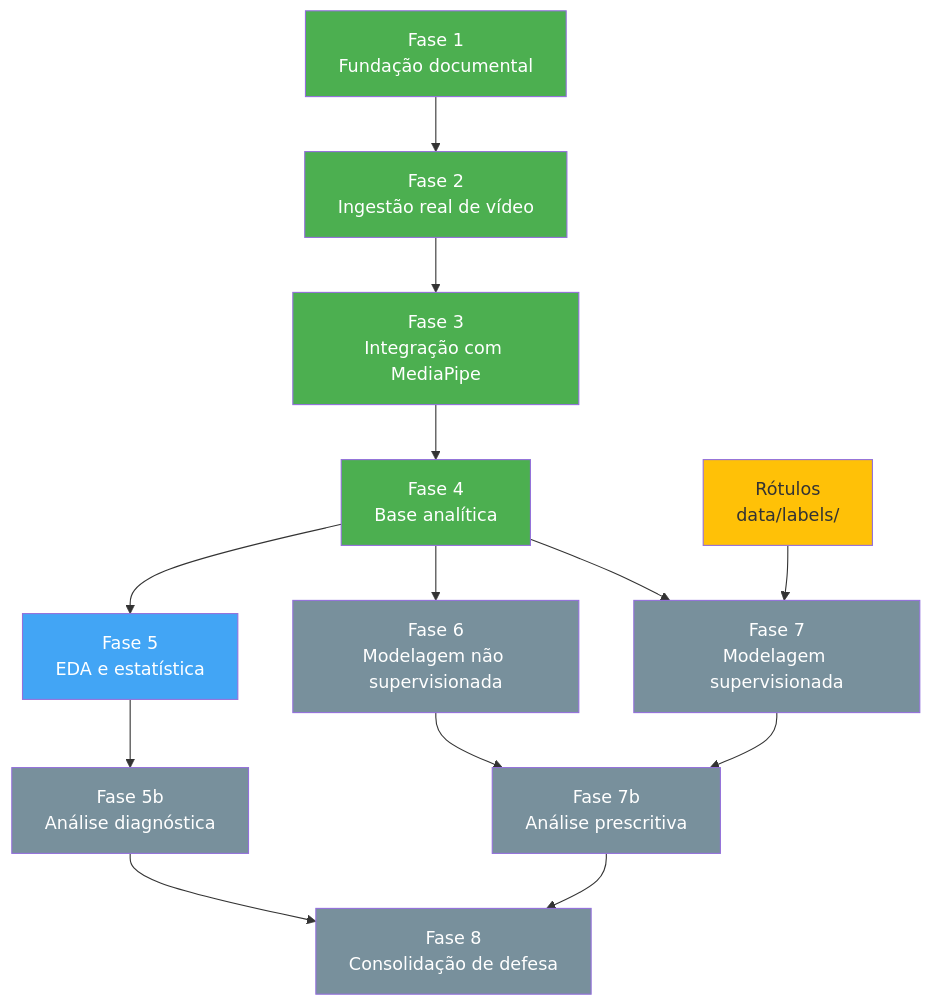
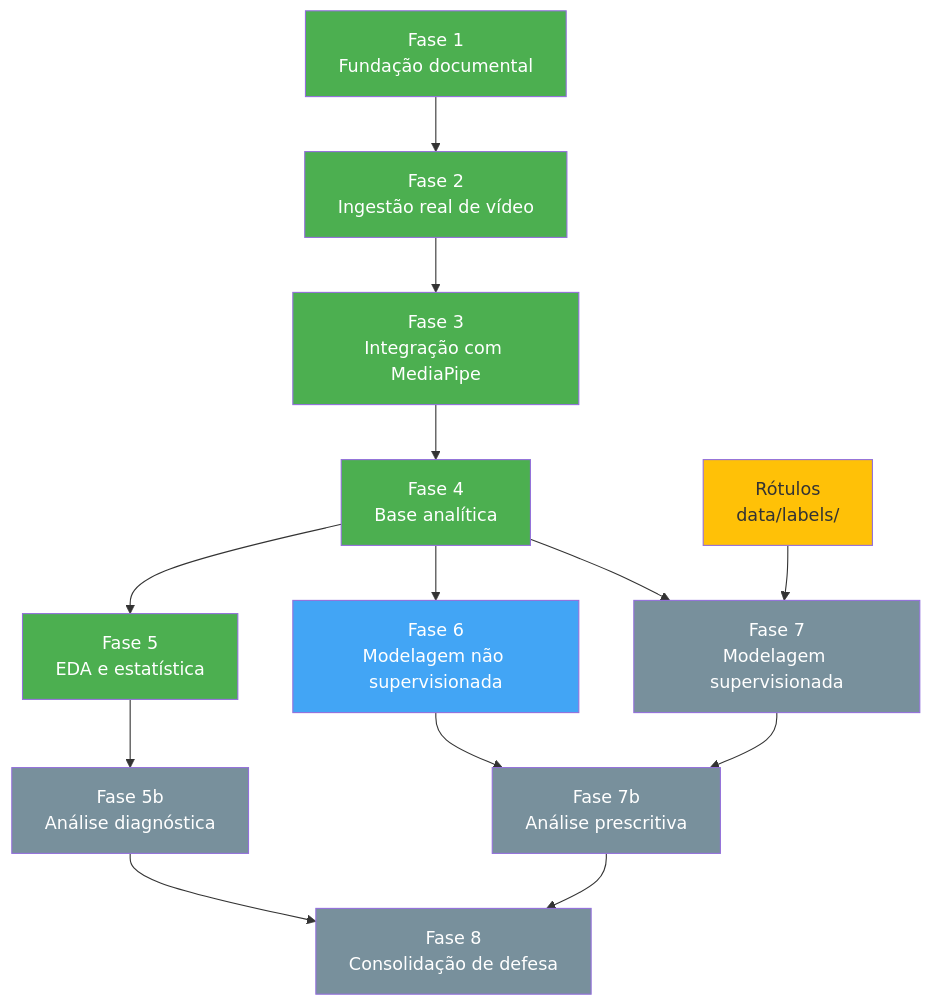
One commit to especializacao-ia-pucsp/mediapipe-seguranca changed the second of 2 diagrams in docs/ROADMAP.md. Above: the diagram before and after it, drawn with Mermaid. The commit also changed other lines of this file and 3 other files, not shown here.

````diff
--- a/docs/ROADMAP.md
+++ b/docs/ROADMAP.md
@@ -99,36 +100,36 @@
 ```mermaid
 flowchart TD
     F1["Fase 1<br/>Fundação documental"]
     F2["Fase 2<br/>Ingestão real de vídeo"]
     F3["Fase 3<br/>Integração com MediaPipe"]
     F4["Fase 4<br/>Base analítica"]
     F5["Fase 5<br/>EDA e estatística"]
     F5B["Fase 5b<br/>Análise diagnóstica"]
     F6["Fase 6<br/>Modelagem não supervisionada"]
     F7["Fase 7<br/>Modelagem supervisionada"]
     F7B["Fase 7b<br/>Análise prescritiva"]
     F8["Fase 8<br/>Consolidação de defesa"]
     ROT["Rótulos<br/>data/labels/"]
 
     F1 --> F2 --> F3 --> F4
     F4 --> F5 --> F5B
     F4 --> F6
     F4 --> F7
     ROT --> F7
     F5B --> F8
     F6 --> F7B
     F7 --> F7B
     F7B --> F8
 
     style F1 fill:#4CAF50,color:#fff
     style F2 fill:#4CAF50,color:#fff
     style F3 fill:#4CAF50,color:#fff
     style F4 fill:#4CAF50,color:#fff
-    style F5 fill:#42A5F5,color:#fff
+    style F5 fill:#4CAF50,color:#fff
     style F5B fill:#78909C,color:#fff
-    style F6 fill:#78909C,color:#fff
+    style F6 fill:#42A5F5,color:#fff
     style F7 fill:#78909C,color:#fff
     style F7B fill:#78909C,color:#fff
     style F8 fill:#78909C,color:#fff
     style ROT fill:#FFC107,color:#333
 ```
````
